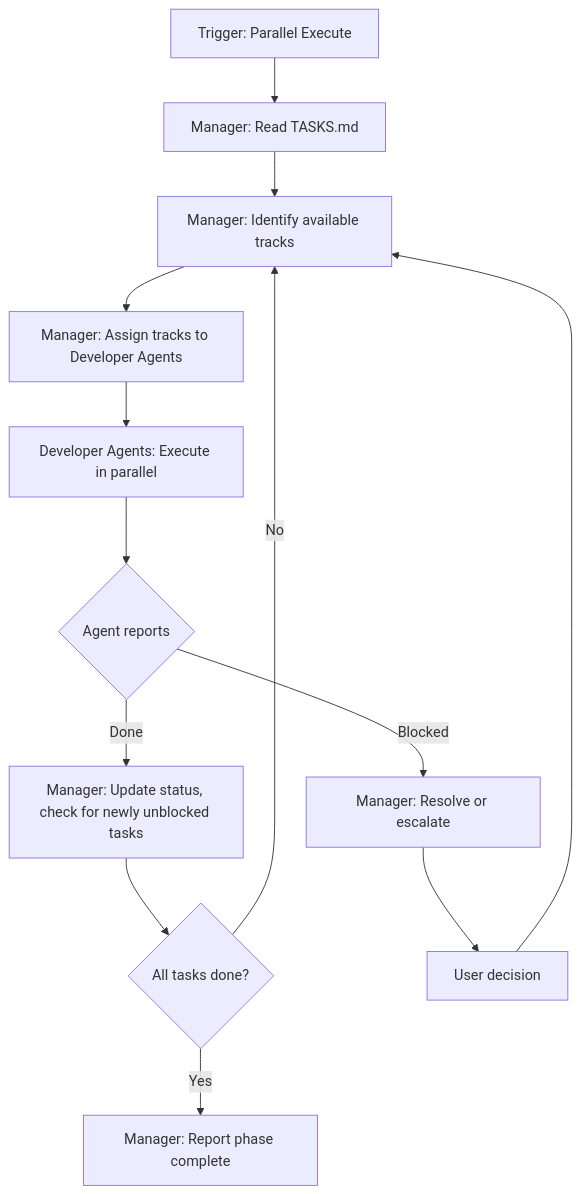
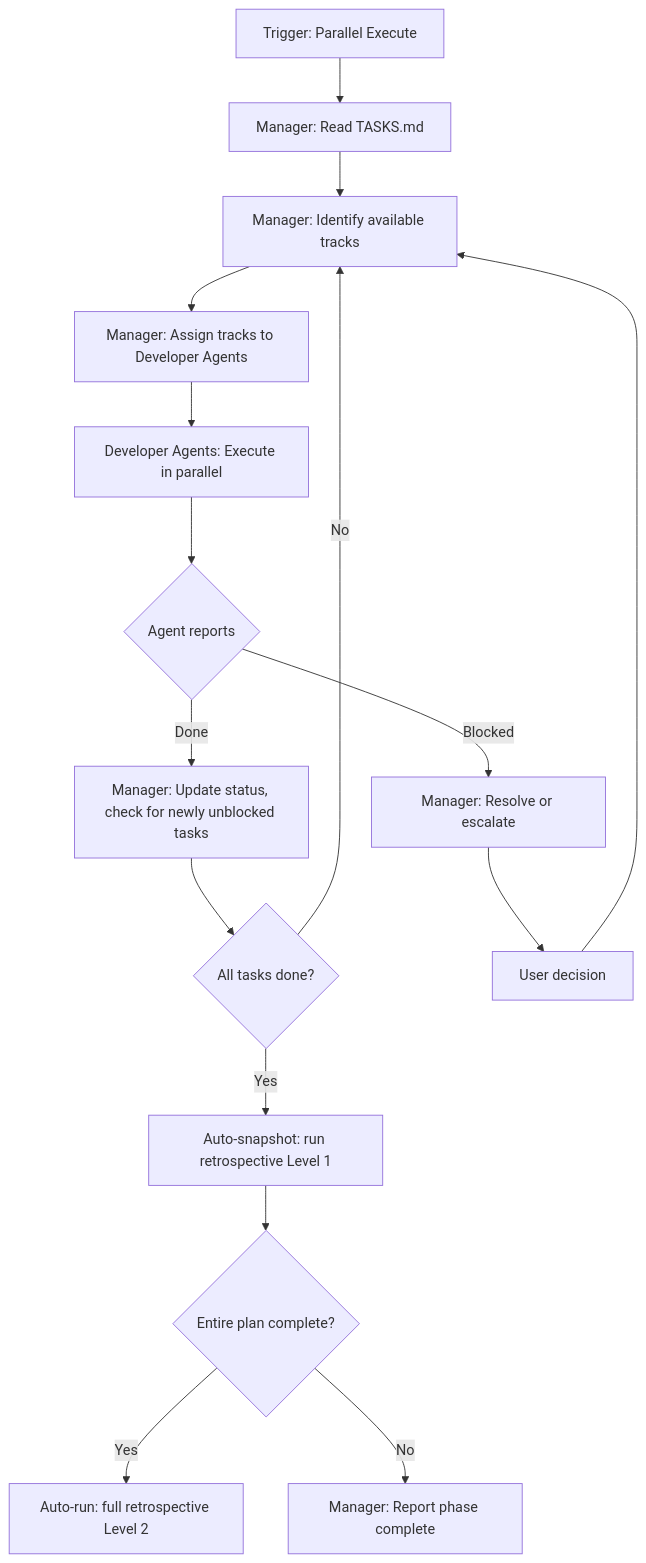
One commit to teratron/bevy-launchpad changed the third of 3 diagrams in .magic/task.md. Above: the diagram before and after it, drawn with Mermaid. The commit also changed other lines of this file and 7 other files, not shown here.

````diff
--- a/.magic/task.md
+++ b/.magic/task.md
@@ -222,15 +223,18 @@
 ```mermaid
 graph TD
     A[Trigger: Parallel Execute] --> B[Manager: Read TASKS.md]
     B --> C[Manager: Identify available tracks]
     C --> D[Manager: Assign tracks to Developer Agents]
     D --> E[Developer Agents: Execute in parallel]
     E --> F{Agent reports}
     F -->|Done| G[Manager: Update status, check for newly unblocked tasks]
     F -->|Blocked| H[Manager: Resolve or escalate]
     G --> I{All tasks done?}
     I -->|No| C
-    I -->|Yes| J[Manager: Report phase complete]
+    I -->|Yes| J[Auto-snapshot: run retrospective Level 1]
+    J --> L{Entire plan complete?}
+    L -->|Yes| M[Auto-run: full retrospective Level 2]
+    L -->|No| N[Manager: Report phase complete]
     H --> K[User decision]
     K --> C
 ```
````
